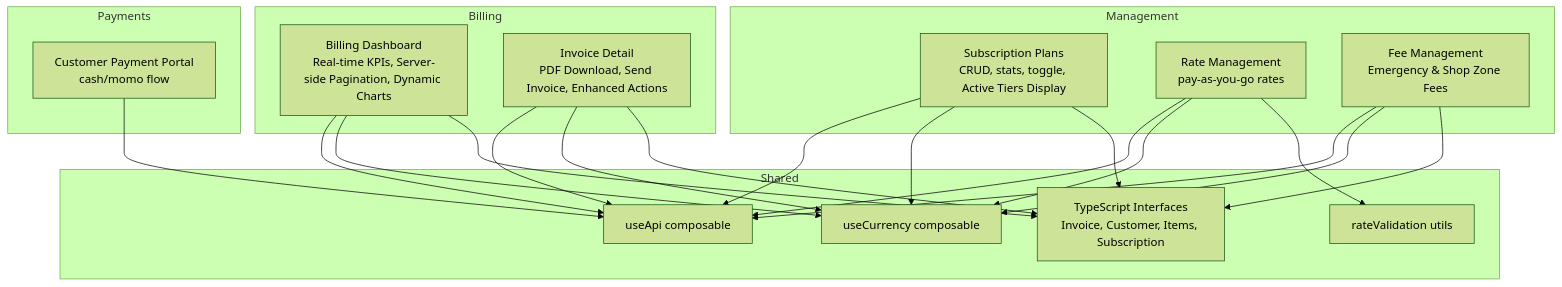
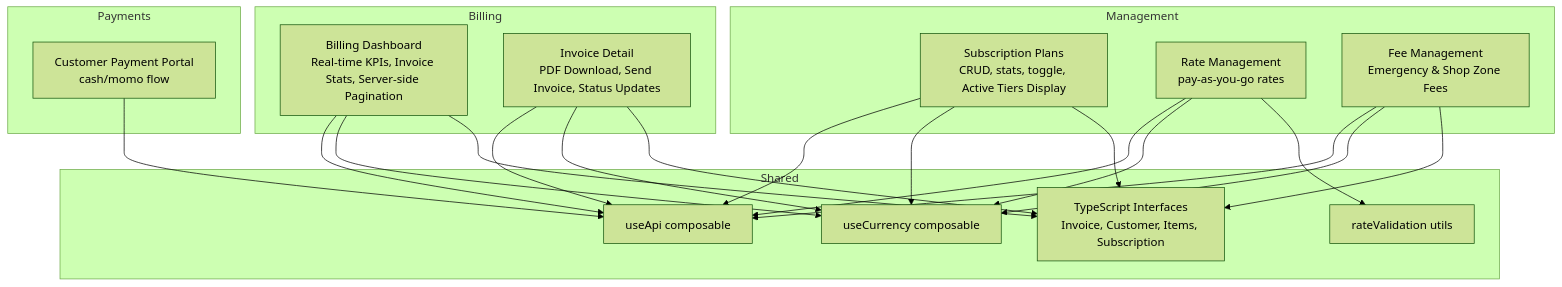
One commit to Lazynerd-Studios/lacarte-atlas-console changed the first of 3 diagrams in .qoder/repowiki/en/content/Business Modules/Billing & Subscriptions/Billing & Subscriptions.md. Above: the diagram before and after it, drawn with Mermaid (forest theme). The commit also changed other lines of this file and 32 other files, not shown here.

````diff
--- a/.qoder/repowiki/en/content/Business Modules/Billing & Subscriptions/Billing & Subscriptions.md
+++ b/.qoder/repowiki/en/content/Business Modules/Billing & Subscriptions/Billing & Subscriptions.md
@@ -57,37 +59,37 @@
 ```mermaid
 graph TB
 subgraph "Billing"
-BIndex["Billing Dashboard<br/>Real-time KPIs, Server-side Pagination, Dynamic Charts"]
-BDetail["Invoice Detail<br/>PDF Download, Send Invoice, Enhanced Actions"]
+BIndex["Billing Dashboard<br/>Real-time KPIs, Invoice Stats, Server-side Pagination"]
+BDetail["Invoice Detail<br/>PDF Download, Send Invoice, Status Updates"]
 end
 subgraph "Management"
 SubPlans["Subscription Plans<br/>CRUD, stats, toggle, Active Tiers Display"]
 Rates["Rate Management<br/>pay-as-you-go rates"]
 Fees["Fee Management<br/>Emergency & Shop Zone Fees"]
 end
 subgraph "Payments"
 PayPortal["Customer Payment Portal<br/>cash/momo flow"]
 end
 subgraph "Shared"
 Api["useApi composable"]
 Currency["useCurrency composable"]
 Validation["rateValidation utils"]
 Types["TypeScript Interfaces<br/>Invoice, Customer, Items, Subscription"]
 end
 BIndex --> Api
 BDetail --> Api
 SubPlans --> Api
 Rates --> Api
 Fees --> Api
 PayPortal --> Api
 BIndex --> Currency
 BDetail --> Currency
 SubPlans --> Currency
 Rates --> Currency
 Fees --> Currency
 Rates --> Validation
 BDetail --> Types
 BIndex --> Types
 SubPlans --> Types
 Fees --> Types
 ```
````
